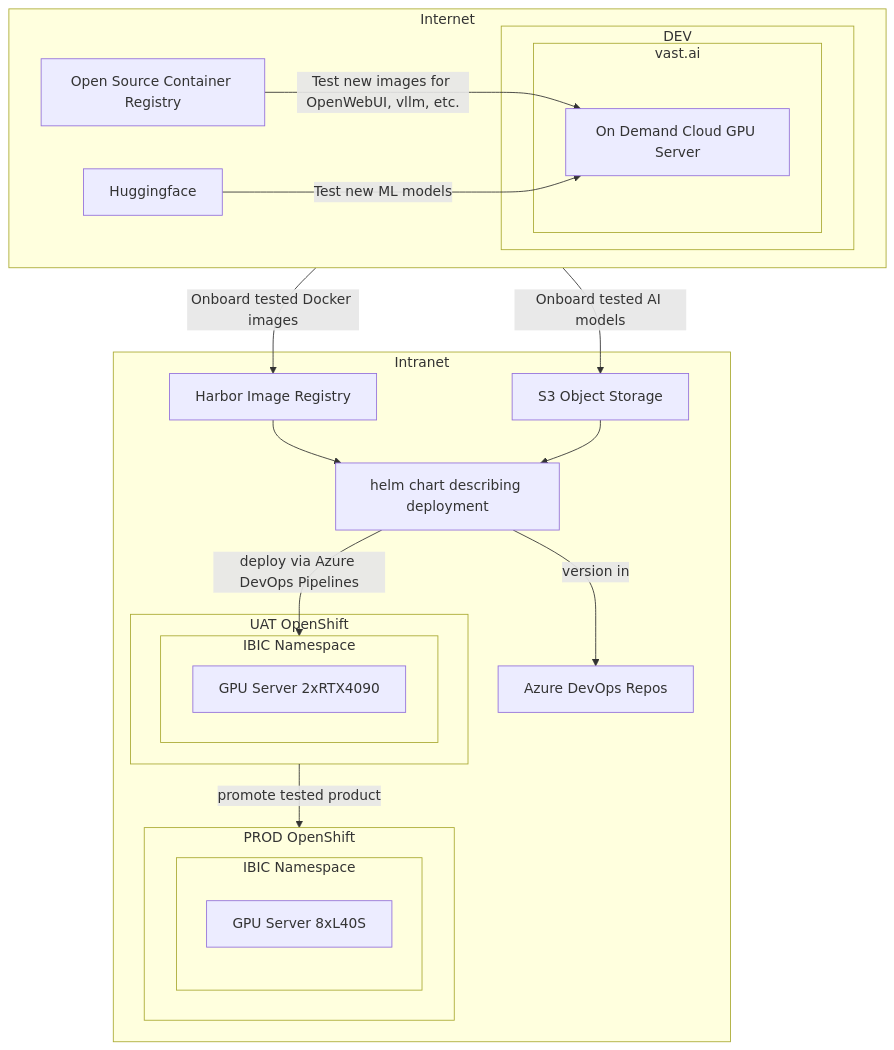
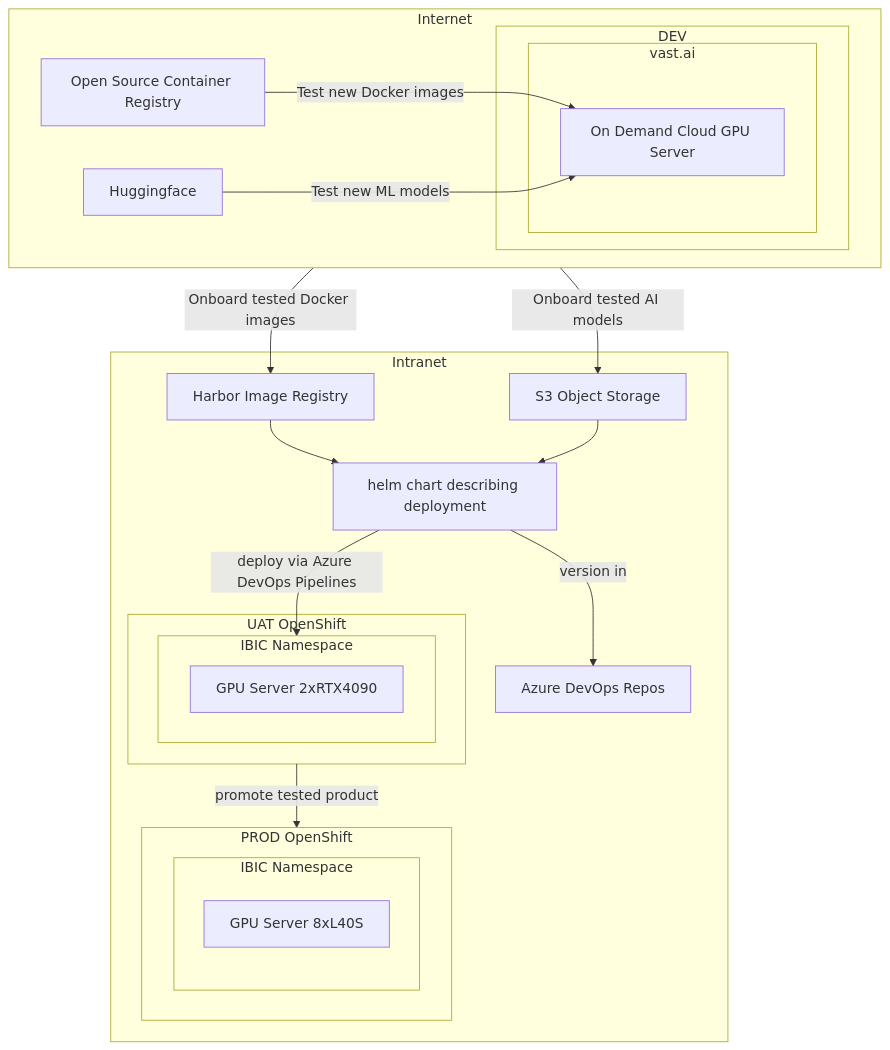
One commit to tim-roethig/ai-platform changed the second of 2 diagrams in README.md. Above: the diagram before and after it, drawn with Mermaid.

````diff
--- a/README.md
+++ b/README.md
@@ -63,60 +63,60 @@
 ```mermaid
 graph TD
     A[Open Source Container Registry]
     HF[Huggingface]
     B[On Demand Cloud GPU Server]
     HELM[helm chart describing deployment]
     C[Harbor Image Registry]
     D[Azure DevOps Repos]
     S3[S3 Object Storage]
     E[GPU Server 2xRTX4090]
     F[GPU Server 8xL40S]
 
     subgraph VAST_AI[vast.ai]
         B
     end
     subgraph UAT_OC[IBIC Namespace]
         E
     end
     subgraph PROD_OC[IBIC Namespace]
         F
     end
 
     subgraph DEV[DEV]
         VAST_AI
     end
     subgraph UAT[UAT OpenShift]
         UAT_OC
     end
     subgraph PROD[PROD OpenShift]
         PROD_OC
     end
 
     subgraph Intranet[Intranet]
         C
         D
         S3
         HELM
         UAT
         PROD
     end
 
     subgraph Internet[Internet]
         A
         HF
         DEV
     end
 
-    A -- Test new images for OpenWebUI, vllm, etc. --> B
+    A -- Test new Docker images --> B
     HF -- Test new ML models --> B
 
     Internet -- Onboard tested Docker images --> C
     Internet -- Onboard tested AI models --> S3
 
     HELM -- version in --> D
     C --> HELM
     S3 --> HELM
 
     HELM -- deploy via Azure DevOps Pipelines --> UAT_OC
     UAT -- promote tested product --> PROD
 ```
````
